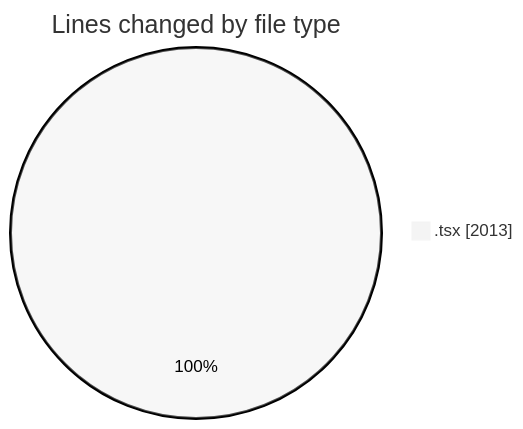
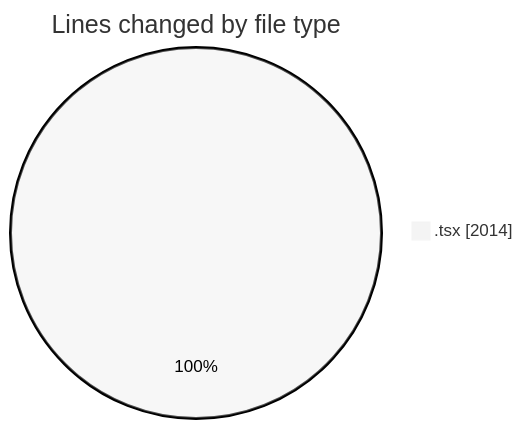
Before and after one commit to nxtqubesakshisongat/code-tracking: the first of 2 diagrams in 2026-02-10/nxtqube_webapp/README.md, drawn with Mermaid (neutral theme). The commit also changed other lines of this file and 1 other file, not shown here.

````diff
--- a/2026-02-10/nxtqube_webapp/README.md
+++ b/2026-02-10/nxtqube_webapp/README.md
@@ -21,5 +21,5 @@
 ```mermaid
 pie showData
 title Lines changed by file type
-".tsx" : 2013
+".tsx" : 2014
 ```
````
